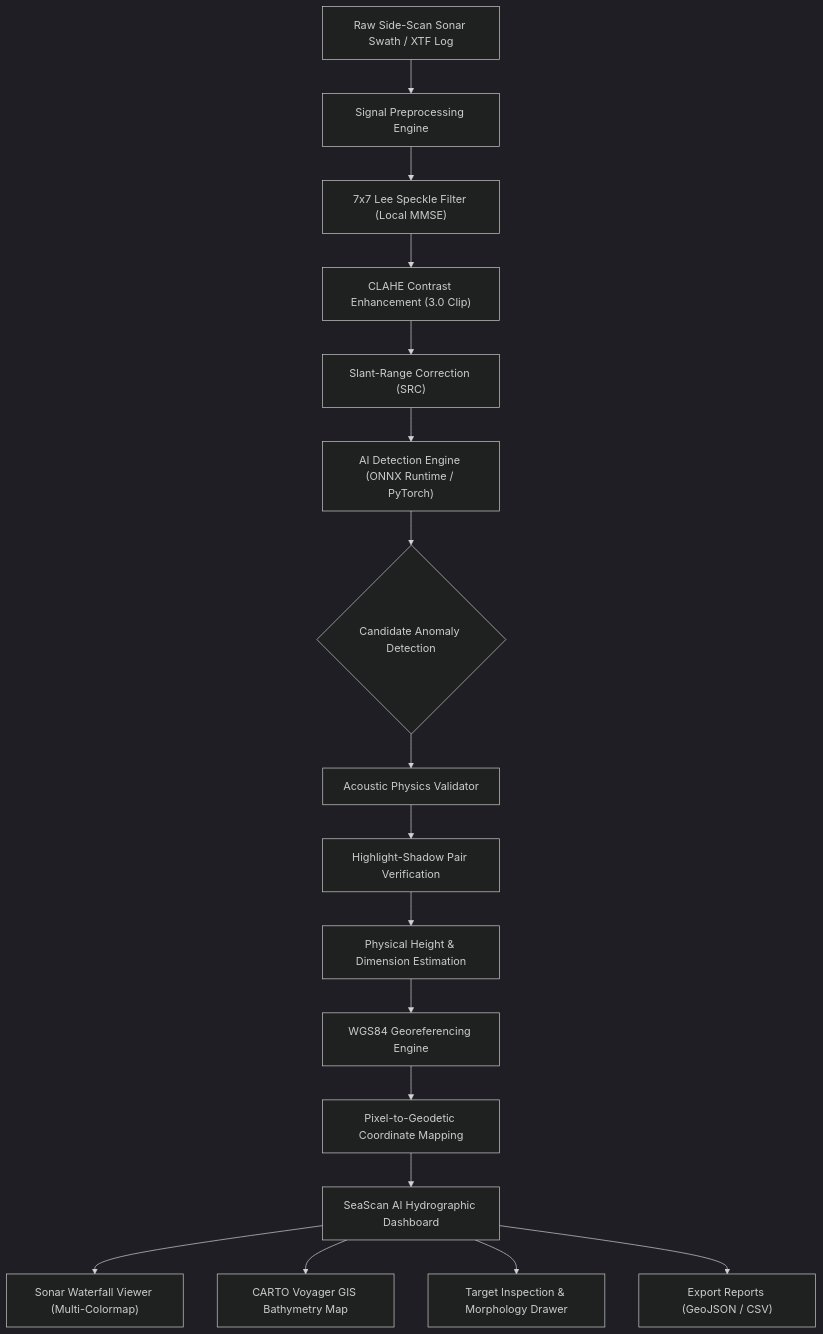
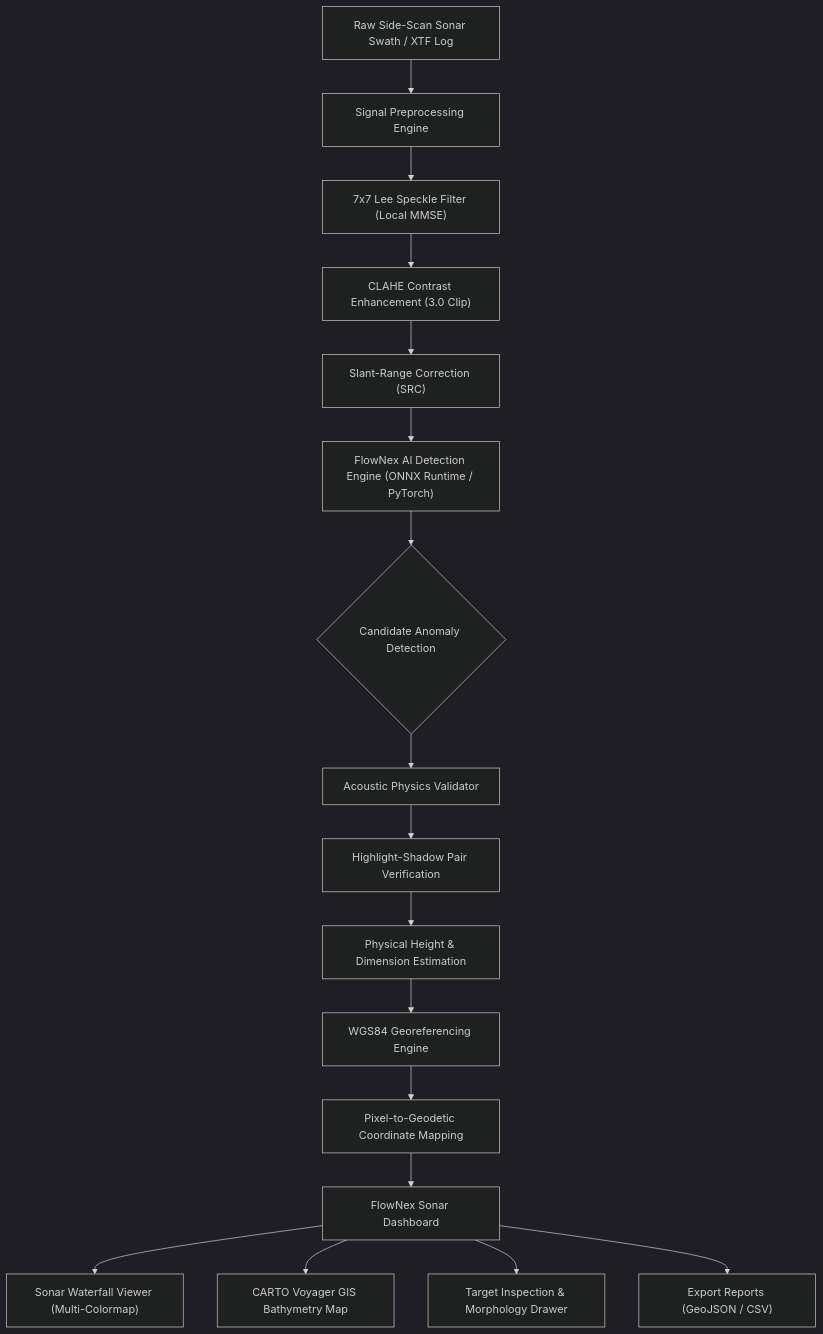
The diagram in README.md (Manju-05/SIH2K26), drawn with Mermaid (dark theme) before and after one commit. The commit also changed other lines of this file and 16 other files, not shown here.

Commit message:
chore(branding): update project title to FlowNex across UI, backend, tests, and documentation

````diff
--- a/README.md
+++ b/README.md
@@ -54,23 +54,23 @@
 ```mermaid
 flowchart TD
     A["Raw Side-Scan Sonar Swath / XTF Log"] --> B["Signal Preprocessing Engine"]
     B --> B1["7x7 Lee Speckle Filter (Local MMSE)"]
     B1 --> B2["CLAHE Contrast Enhancement (3.0 Clip)"]
     B2 --> B3["Slant-Range Correction (SRC)"]
     
-    B3 --> C["AI Detection Engine (ONNX Runtime / PyTorch)"]
+    B3 --> C["FlowNex AI Detection Engine (ONNX Runtime / PyTorch)"]
     C --> D{"Candidate Anomaly Detection"}
     
     D --> E["Acoustic Physics Validator"]
     E --> E1["Highlight-Shadow Pair Verification"]
     E1 --> E2["Physical Height & Dimension Estimation"]
     
     E2 --> F["WGS84 Georeferencing Engine"]
     F --> F1["Pixel-to-Geodetic Coordinate Mapping"]
     
-    F1 --> G["SeaScan AI Hydrographic Dashboard"]
+    F1 --> G["FlowNex Sonar Dashboard"]
     G --> H["Sonar Waterfall Viewer (Multi-Colormap)"]
     G --> I["CARTO Voyager GIS Bathymetry Map"]
     G --> J["Target Inspection & Morphology Drawer"]
     G --> K["Export Reports (GeoJSON / CSV)"]
 ```
````
